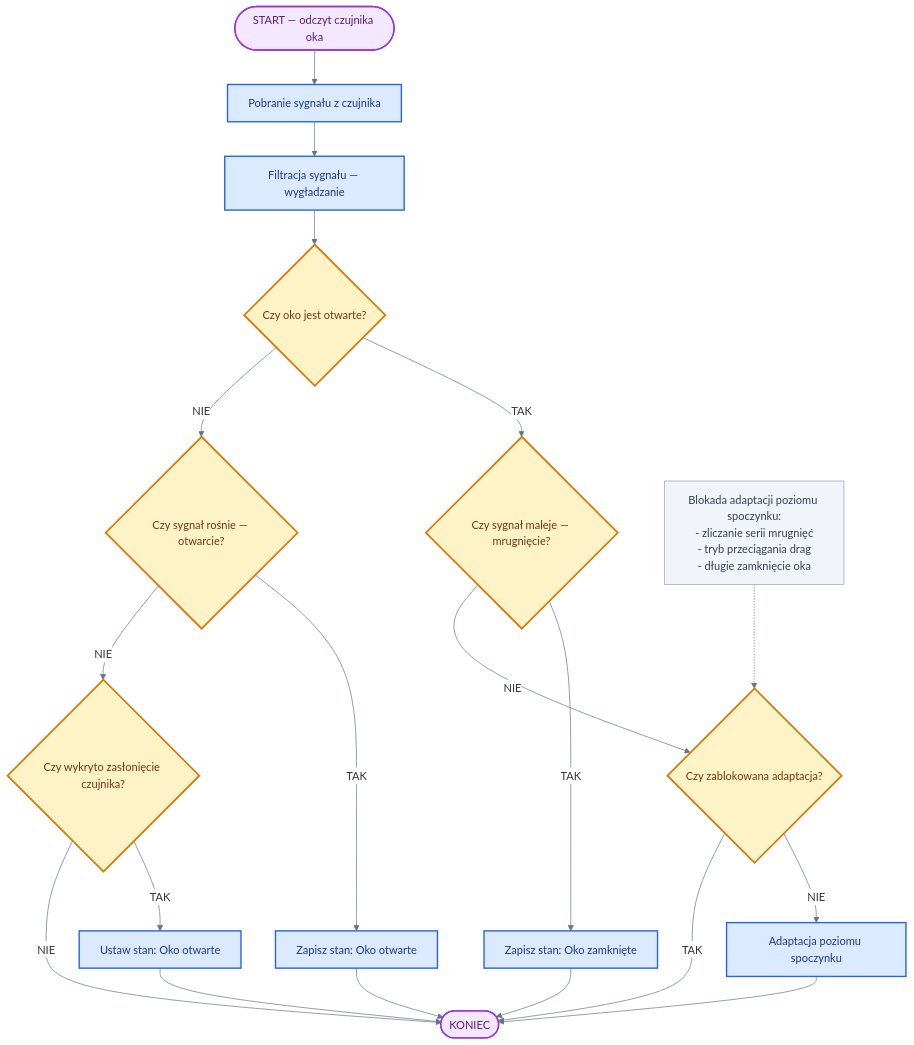
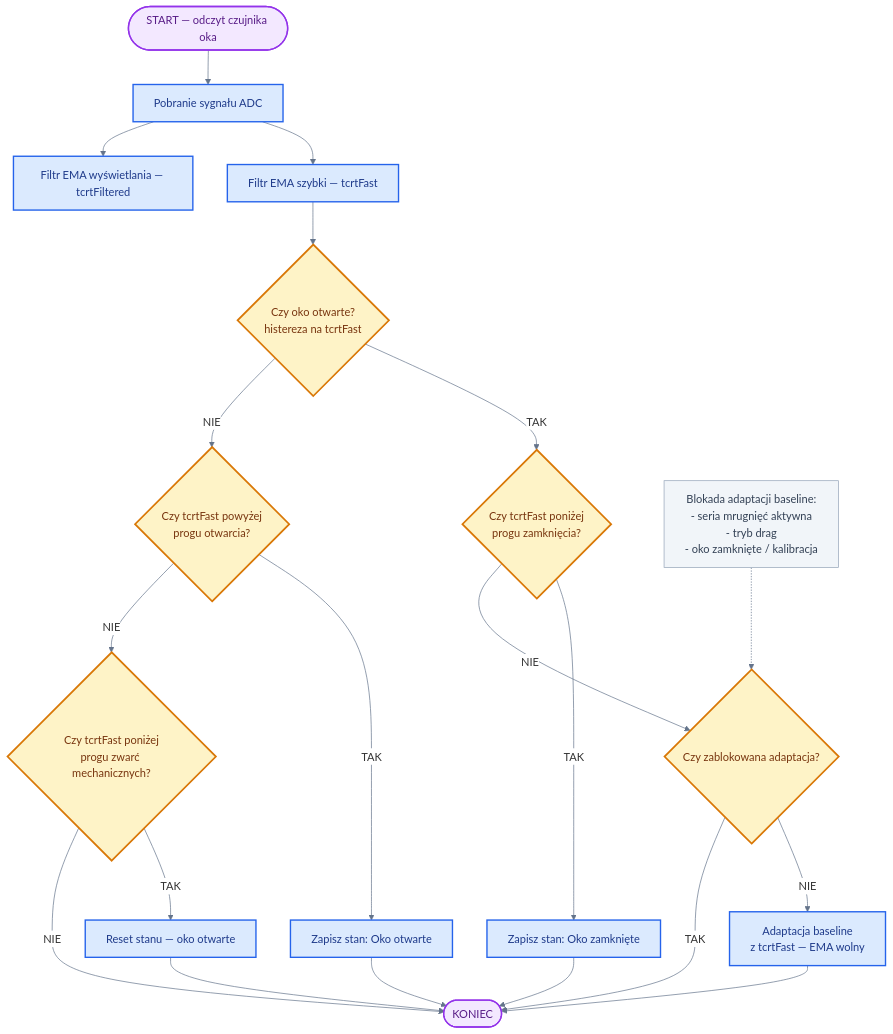
One commit to bartkadres-ai/HEFAS-4.0 changed the seventh of 10 diagrams in README.md. Above: the diagram before and after it, drawn with Mermaid. The commit also changed other lines of this file, not shown here.

````diff
--- a/README.md
+++ b/README.md
@@ -526,36 +526,37 @@
 ```mermaid
 %%{init: { 'theme': 'default', 'themeVariables': { 'darkMode': false, 'background': '#ffffff', 'mainBkg': '#ffffff', 'primaryColor': '#ffffff', 'secondaryColor': '#ffffff', 'tertiaryColor': '#ffffff', 'primaryTextColor': '#1e293b', 'secondaryTextColor': '#334155', 'lineColor': '#64748b', 'primaryBorderColor': '#94a3b8', 'clusterBkg': '#f1f5f9', 'clusterBorder': '#94a3b8', 'edgeLabelBackground': '#ffffff', 'noteBkgColor': '#f8fafc', 'noteTextColor': '#475569', 'fontFamily': 'arial' }}}%%
 flowchart TD
-    A([START — odczyt czujnika oka]) --> ADC[Pobranie sygnału z czujnika]
-    ADC --> EMA[Filtracja sygnału — wygładzanie]
+    A([START — odczyt czujnika oka]) --> ADC[Pobranie sygnału ADC]
+    ADC --> FAST[Filtr EMA szybki — tcrtFast]
+    ADC --> SLOW[Filtr EMA wyświetlania — tcrtFiltered]
 
-    EMA --> OTW{Czy oko jest otwarte?}
+    FAST --> OTW{Czy oko otwarte?<br/>histereza na tcrtFast}
 
-    OTW -->|TAK| TRIG{Czy sygnał maleje — mrugnięcie?}
+    OTW -->|TAK| TRIG{Czy tcrtFast poniżej<br/>progu zamknięcia?}
     TRIG -->|TAK| ZAM[Zapisz stan: Oko zamknięte]
     TRIG -->|NIE| FRZ{Czy zablokowana adaptacja?}
-    FRZ -->|NIE| ADAPT[Adaptacja poziomu spoczynku]
+    FRZ -->|NIE| ADAPT[Adaptacja baseline<br/>z tcrtFast — EMA wolny]
     FRZ -->|TAK| KON
 
-    OTW -->|NIE| REL{Czy sygnał rośnie — otwarcie?}
+    OTW -->|NIE| REL{Czy tcrtFast powyżej<br/>progu otwarcia?}
     REL -->|TAK| OOTW[Zapisz stan: Oko otwarte]
-    REL -->|NIE| MECH{Czy wykryto zasłonięcie czujnika?}
-    MECH -->|TAK| MECHR[Ustaw stan: Oko otwarte]
+    REL -->|NIE| MECH{Czy tcrtFast poniżej<br/>progu zwarć mechanicznych?}
+    MECH -->|TAK| MECHR[Reset stanu — oko otwarte]
     MECH -->|NIE| KON
 
     ZAM --> KON([KONIEC])
     ADAPT --> KON
     OOTW --> KON
     MECHR --> KON
 
-    NOTE["Blokada adaptacji poziomu spoczynku:<br>- zliczanie serii mrugnięć<br>- tryb przeciągania drag<br>- długie zamknięcie oka"] -.-> FRZ
+    NOTE["Blokada adaptacji baseline:<br>- seria mrugnięć aktywna<br>- tryb drag<br>- oko zamknięte / kalibracja"] -.-> FRZ
 
     classDef startEnd fill:#f3e8ff,stroke:#9333ea,stroke-width:2px,color:#581c87
     classDef process fill:#dbeafe,stroke:#2563eb,stroke-width:2px,color:#1e3a8a
     classDef decision fill:#fef3c7,stroke:#d97706,stroke-width:2.5px,color:#78350f
     classDef note fill:#f1f5f9,stroke:#94a3b8,stroke-width:1px,color:#334155
     class A,KON startEnd
-    class ADC,EMA,ZAM,ADAPT,OOTW,MECHR process
+    class ADC,FAST,SLOW,ZAM,ADAPT,OOTW,MECHR process
     class OTW,TRIG,FRZ,REL,MECH decision
     class NOTE note
 ```
````
